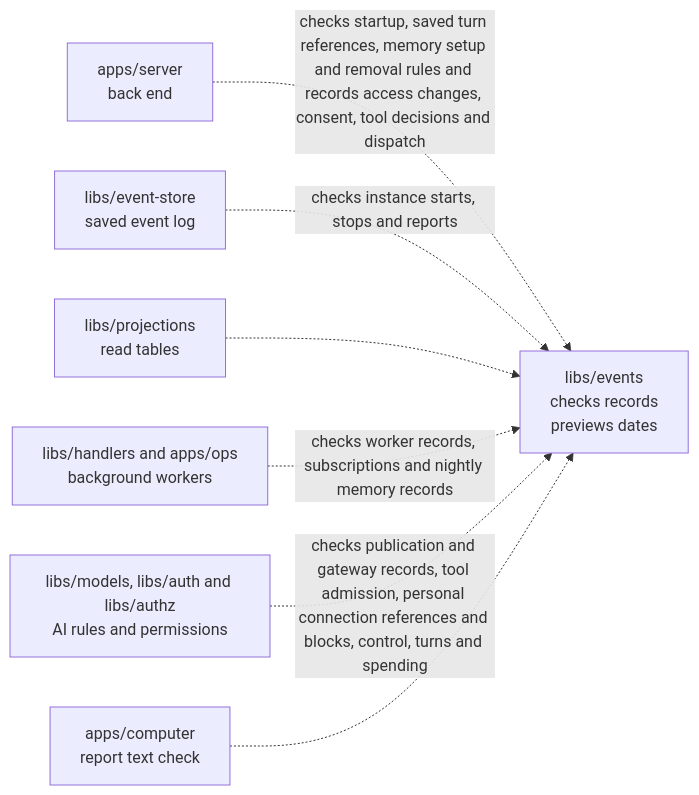
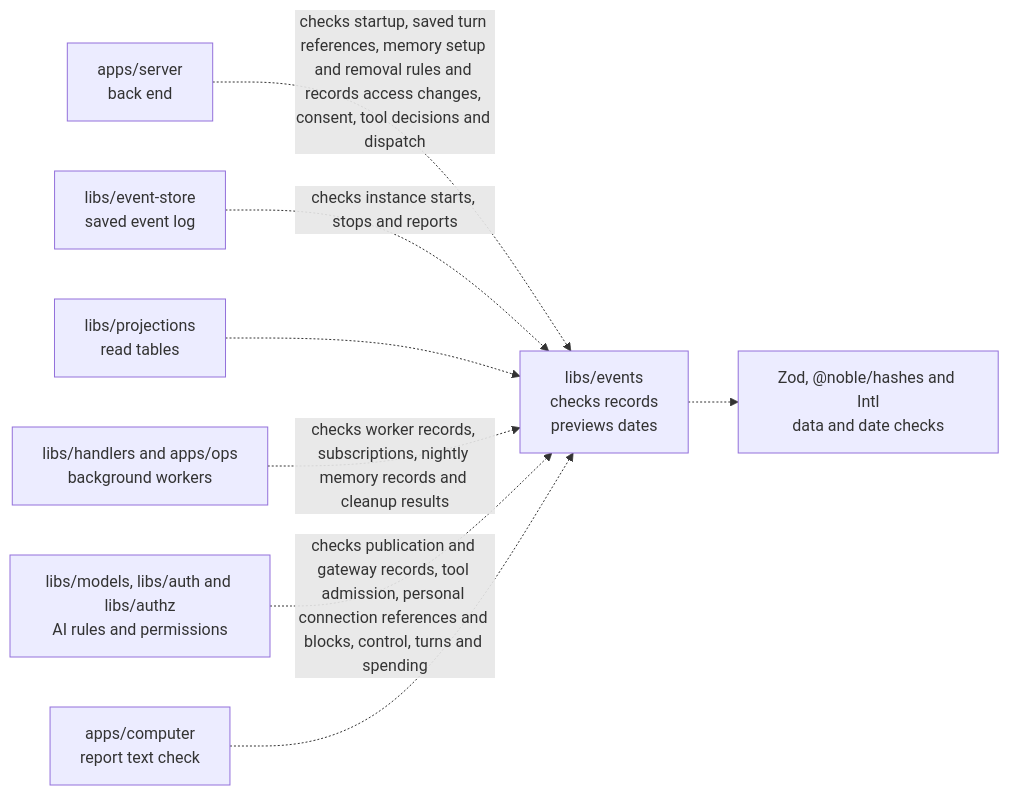
One commit to elewa-git/opencrane-new changed the diagram in libs/events/README.md. Above: the diagram before and after it, drawn with Mermaid. The commit also changed other lines of this file and 14 other files, not shown here.

Commit message:
🧹 Record exhausted memory cleanup and restore lost jobs

````diff
--- a/libs/events/README.md
+++ b/libs/events/README.md
@@ -27,9 +27,10 @@
 ```mermaid
 flowchart LR
   server["apps/server<br/>back end"] -.->|checks startup, saved turn references, memory setup and removal rules and records access changes, consent, tool decisions and dispatch| events["libs/events<br/>checks records<br/>previews dates"]
   store["libs/event-store<br/>saved event log"] -.->|checks instance starts, stops and reports| events
   projections["libs/projections<br/>read tables"] -.-> events
-  workers["libs/handlers and apps/ops<br/>background workers"] -.->|checks worker records, subscriptions and nightly memory records| events["libs/events<br/>checks records<br/>previews dates"]
+  workers["libs/handlers and apps/ops<br/>background workers"] -.->|checks worker records, subscriptions, nightly memory records and cleanup results| events
   others["libs/models, libs/auth and libs/authz<br/>AI rules and permissions"] -.->|checks publication and gateway records, tool admission, personal connection references and blocks, control, turns and spending| events
   computer["apps/computer<br/>report text check"] -.-> events
+  events -.-> checks["Zod, @noble/hashes and Intl<br/>data and date checks"]
 ```
````
